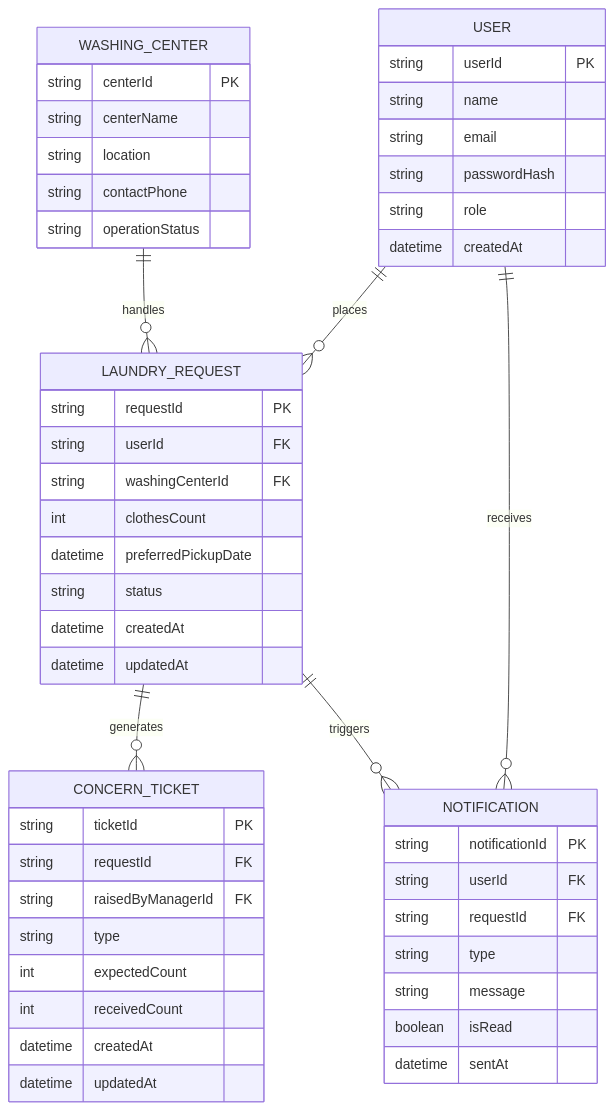
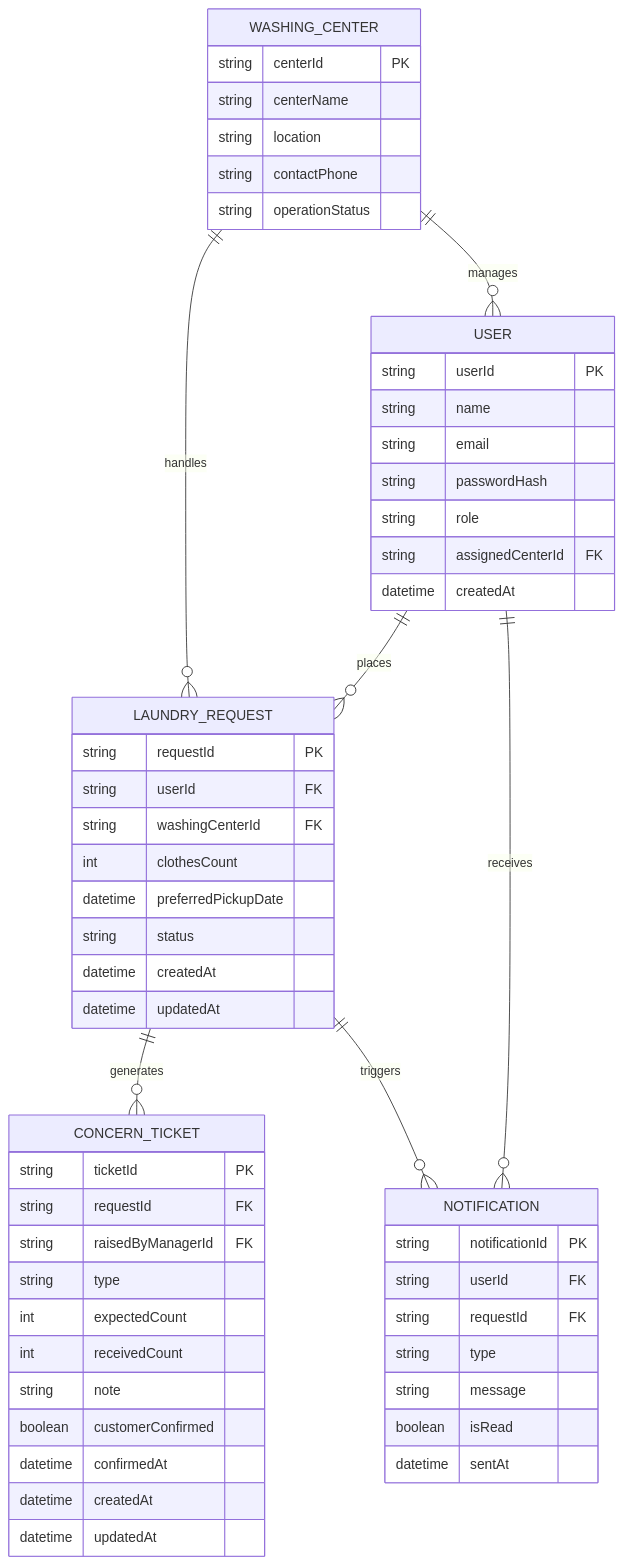
One commit to arhanalam789/WashFlow changed the diagram in diagrams/er-diagram.md. Above: the diagram before and after it, drawn with Mermaid. The commit also changed 31 other files, not shown here.

````diff
--- a/diagrams/er-diagram.md
+++ b/diagrams/er-diagram.md
@@ -5,57 +5,62 @@
 ```mermaid
 erDiagram
     USER {
         string userId PK
         string name
         string email
         string passwordHash
         string role
+        string assignedCenterId FK
         datetime createdAt
     }
 
     WASHING_CENTER {
         string centerId PK
         string centerName
         string location
         string contactPhone
         string operationStatus
     }
 
     LAUNDRY_REQUEST {
         string requestId PK
         string userId FK
         string washingCenterId FK
         int clothesCount
         datetime preferredPickupDate
         string status
         datetime createdAt
         datetime updatedAt
     }
 
     CONCERN_TICKET {
         string ticketId PK
         string requestId FK
         string raisedByManagerId FK
         string type
         int expectedCount
         int receivedCount
+        string note
+        boolean customerConfirmed
+        datetime confirmedAt
         datetime createdAt
         datetime updatedAt
     }
 
     NOTIFICATION {
         string notificationId PK
         string userId FK
         string requestId FK
         string type
         string message
         boolean isRead
         datetime sentAt
     }
 
+    WASHING_CENTER ||--o{ USER : manages
     USER ||--o{ LAUNDRY_REQUEST : places
     WASHING_CENTER ||--o{ LAUNDRY_REQUEST : handles
     LAUNDRY_REQUEST ||--o{ CONCERN_TICKET : generates
     USER ||--o{ NOTIFICATION : receives
     LAUNDRY_REQUEST ||--o{ NOTIFICATION : triggers
 ```
````
